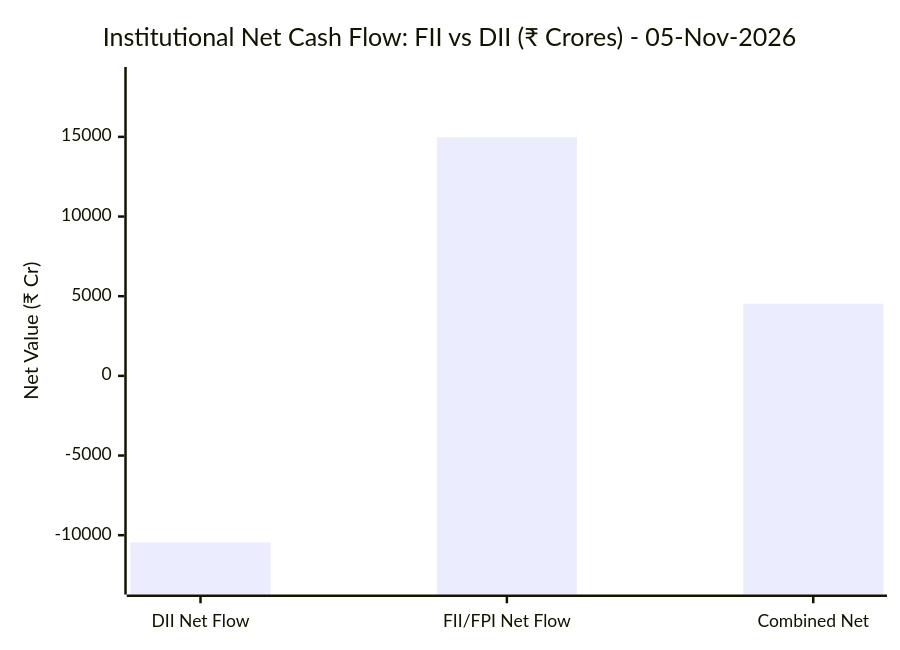
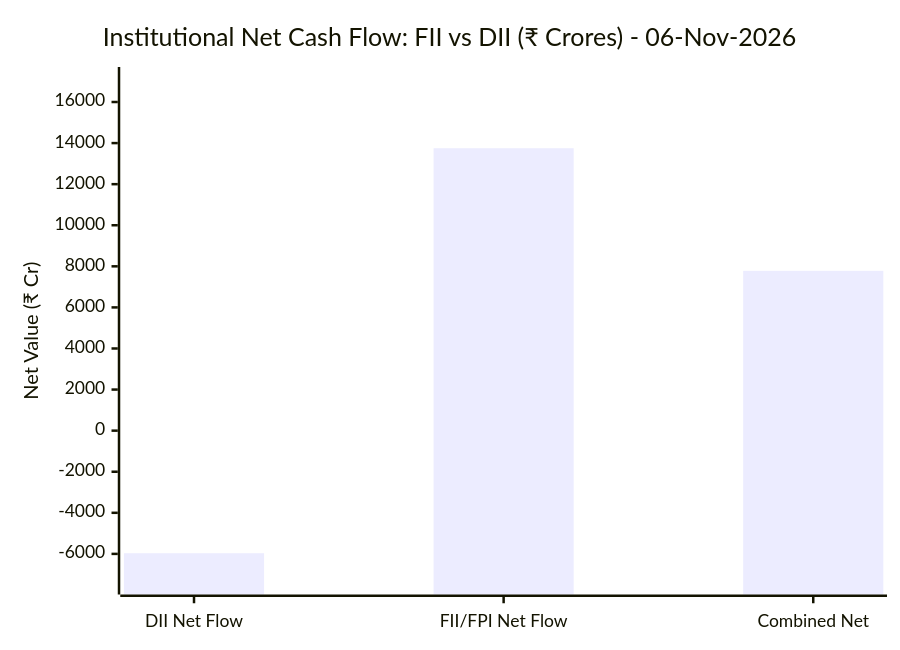
One commit to purnareddy9/dev changed the diagram in market-intelligence/README.md. Above: the diagram before and after it, drawn with Mermaid. The commit also changed other lines of this file and 3 other files, not shown here.

````diff
--- a/market-intelligence/README.md
+++ b/market-intelligence/README.md
@@ -65,7 +65,7 @@
 ```mermaid
 xychart-beta
-    title "Institutional Net Cash Flow: FII vs DII (₹ Crores) - 05-Nov-2026"
+    title "Institutional Net Cash Flow: FII vs DII (₹ Crores) - 06-Nov-2026"
     x-axis ["DII Net Flow", "FII/FPI Net Flow", "Combined Net"]
-    y-axis "Net Value (₹ Cr)" -13055 --> 18718
-    bar [-10444.54, 14974.68, 4530.14]
+    y-axis "Net Value (₹ Cr)" -7460 --> 17187
+    bar [-5968.7, 13749.82, 7781.12]
 ```
````
